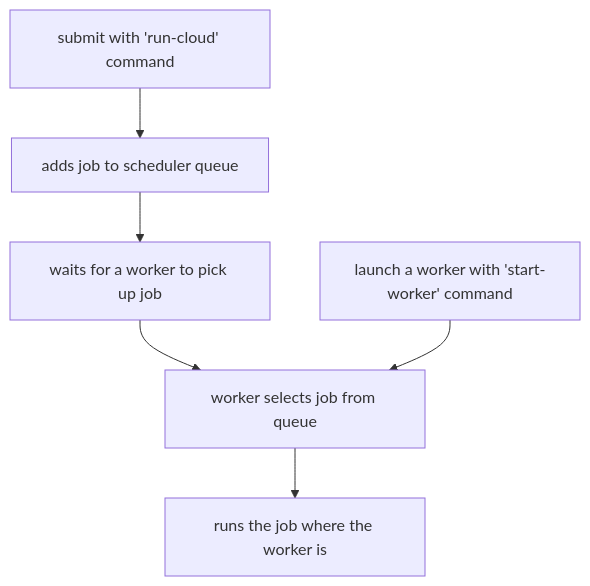
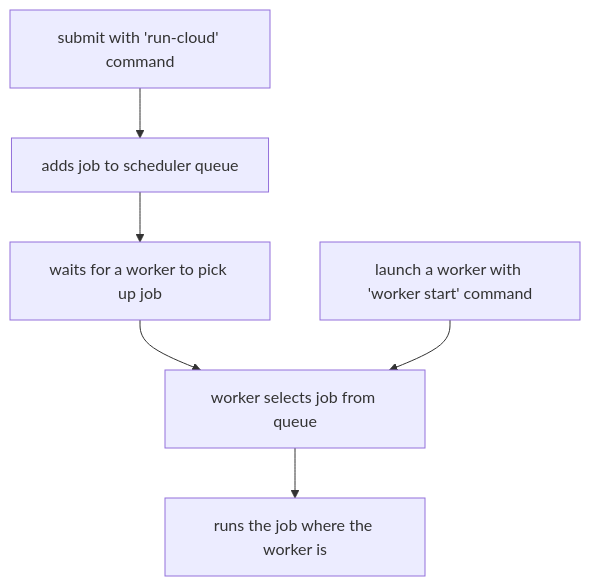
One commit to jacksund/simmate changed the second of 3 diagrams in docs/full_guides/workflows/basic_use.md. Above: the diagram before and after it, drawn with Mermaid. The commit also changed other lines of this file and 41 other files, not shown here.

````diff
--- a/docs/full_guides/workflows/basic_use.md
+++ b/docs/full_guides/workflows/basic_use.md
@@ -133,8 +133,8 @@
     ``` mermaid
     graph TD
       A[submit with 'run-cloud' command] --> B[adds job to scheduler queue];
       B --> C[waits for a worker to pick up job];
       C --> D[worker selects job from queue];
       D --> E[runs the job where the worker is];
-      F[launch a worker with 'start-worker' command] --> D;
+      F[launch a worker with 'worker start' command] --> D;
     ```
````
